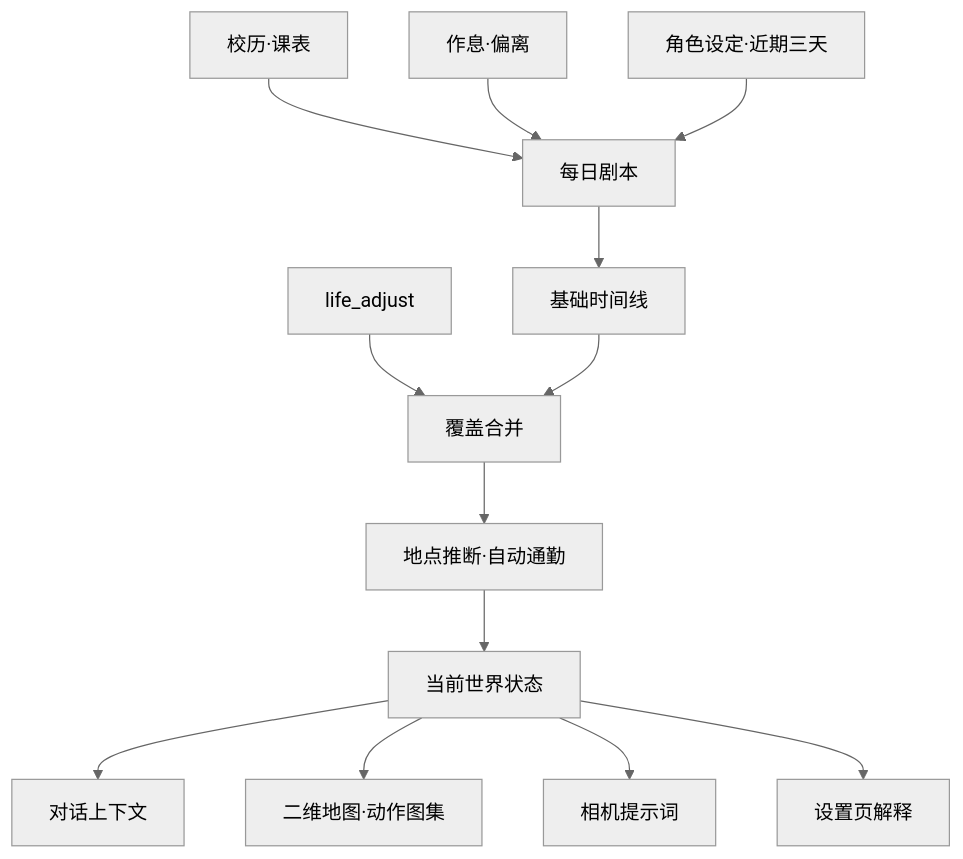
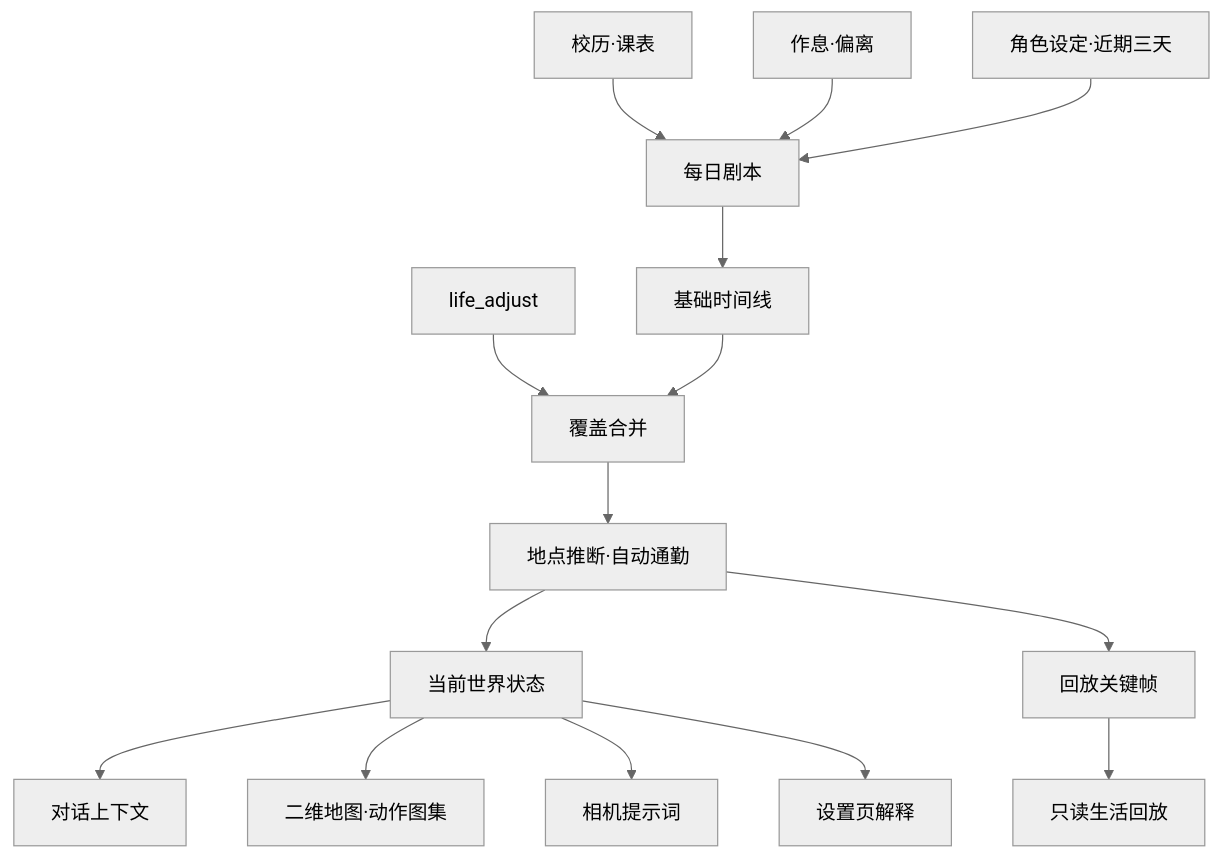
The diagram in docs/DESIGN.md (Vansnc/dsh-feiyu-life), drawn with Mermaid (neutral theme) before and after one commit. The commit also changed other lines of this file and 10 other files, not shown here.

````diff
--- a/docs/DESIGN.md
+++ b/docs/DESIGN.md
@@ -19,15 +19,17 @@
 ```mermaid
 flowchart TD
   A[校历·课表] --> D[每日剧本]
   B[作息·偏离] --> D
   C[角色设定·近期三天] --> D
   D --> E[基础时间线]
   F[life_adjust] --> G[覆盖合并]
   E --> G
   G --> H[地点推断·自动通勤]
   H --> I[当前世界状态]
   I --> J[对话上下文]
   I --> K[二维地图·动作图集]
   I --> L[相机提示词]
   I --> M[设置页解释]
+  H --> N[回放关键帧]
+  N --> O[只读生活回放]
 ```
````
